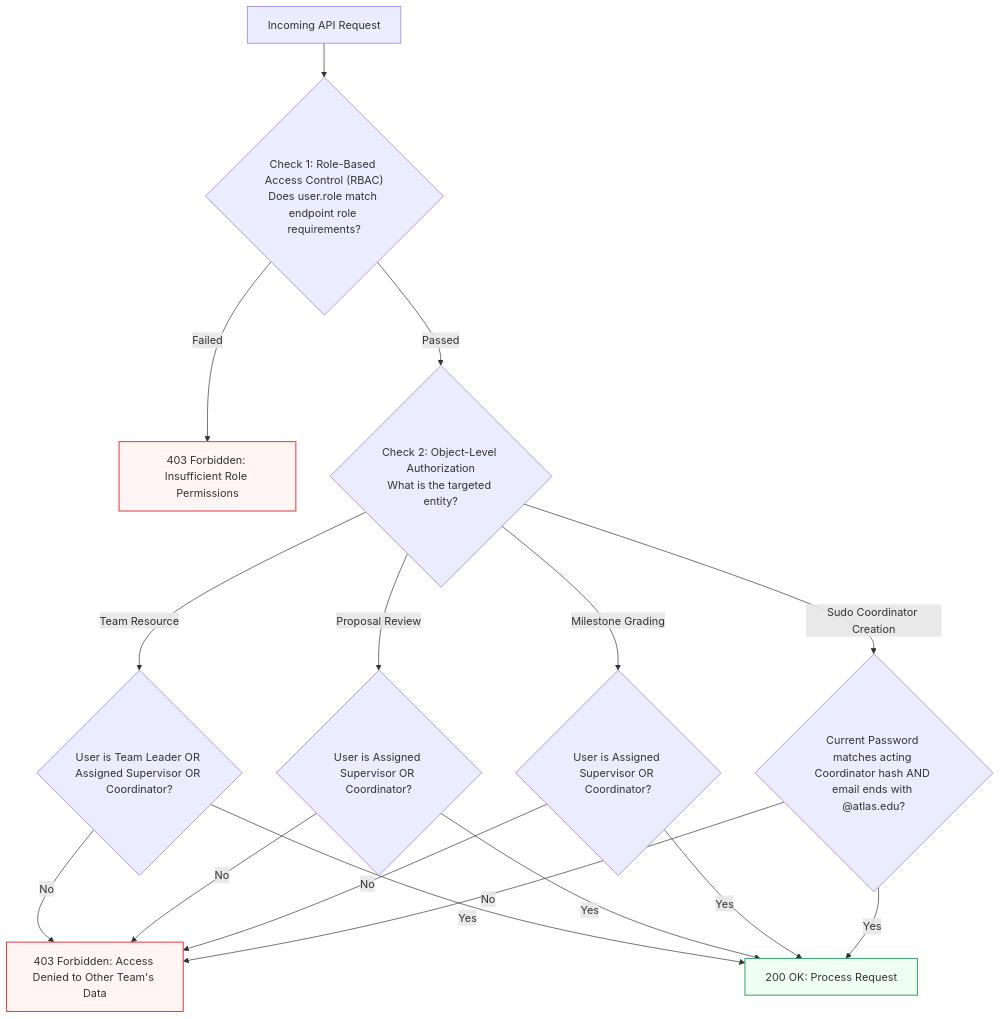
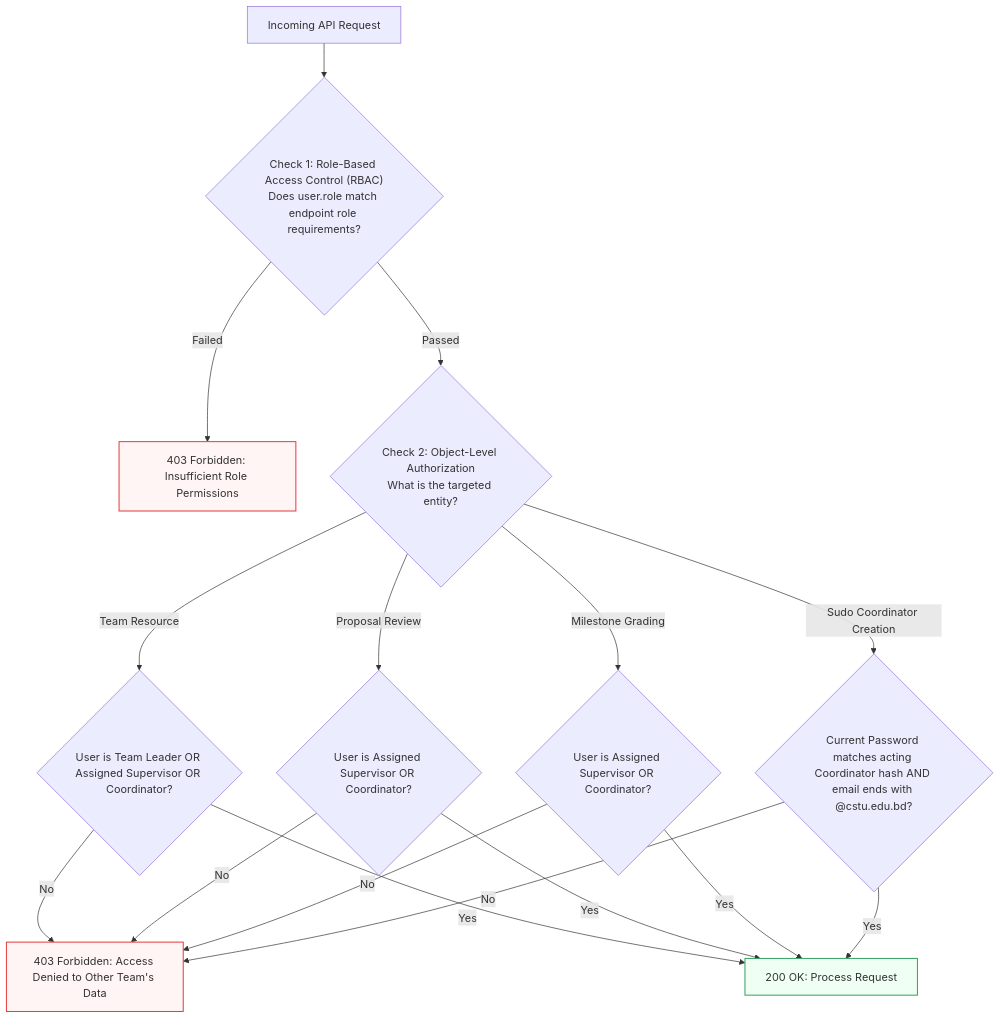
Before and after one commit to LIGHT2DD/Atlas_Mobile: diagram 38 of 38 in diagram.md, drawn with Mermaid. The commit also changed other lines of this file and 63 other files, not shown here.

````diff
--- a/diagram.md
+++ b/diagram.md
@@ -1936,29 +1936,29 @@
 ```mermaid
 flowchart TD
     Request["Incoming API Request"] --> RBAC{"Check 1: Role-Based Access Control (RBAC)<br/>Does user.role match endpoint role requirements?"}
 
     RBAC -- Failed --> Deny403["403 Forbidden: Insufficient Role Permissions"]
 
     RBAC -- Passed --> ObjectLevel{"Check 2: Object-Level Authorization<br/>What is the targeted entity?"}
 
     ObjectLevel -- "Team Resource" --> TeamCheck{"User is Team Leader OR Assigned Supervisor OR Coordinator?"}
     TeamCheck -- No --> DenyObj["403 Forbidden: Access Denied to Other Team's Data"]
     TeamCheck -- Yes --> Allow["200 OK: Process Request"]
 
     ObjectLevel -- "Proposal Review" --> PropCheck{"User is Assigned Supervisor OR Coordinator?"}
     PropCheck -- No --> DenyObj
     PropCheck -- Yes --> Allow
 
     ObjectLevel -- "Milestone Grading" --> MileCheck{"User is Assigned Supervisor OR Coordinator?"}
     MileCheck -- No --> DenyObj
     MileCheck -- Yes --> Allow
 
-    ObjectLevel -- "Sudo Coordinator Creation" --> SudoCheck{"Current Password matches acting Coordinator hash AND email ends with @atlas.edu?"}
+    ObjectLevel -- "Sudo Coordinator Creation" --> SudoCheck{"Current Password matches acting Coordinator hash AND email ends with @cstu.edu.bd?"}
     SudoCheck -- No --> DenyObj
     SudoCheck -- Yes --> Allow
 
     classDef pass fill:#F0FFF4,stroke:#38A169,stroke-width:1.5px;
     classDef reject fill:#FFF5F5,stroke:#E53E3E,stroke-width:1.5px;
     class Allow pass;
     class Deny403,DenyObj reject;
 ```
````
